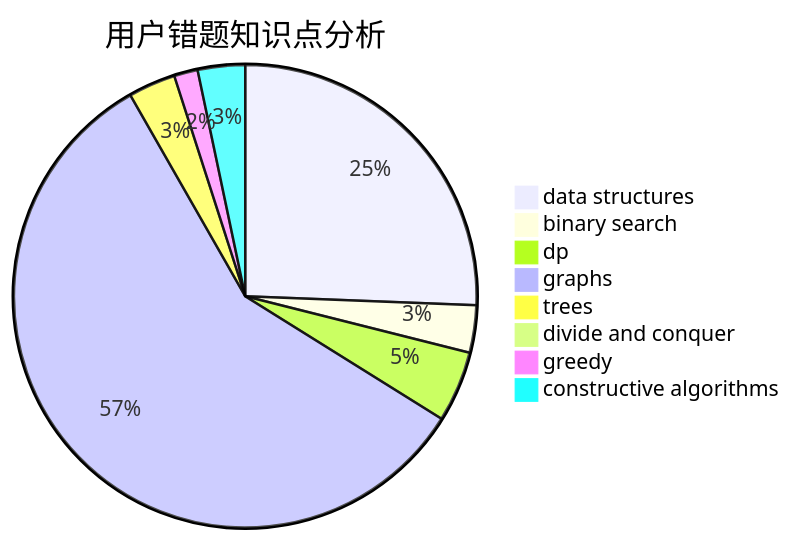
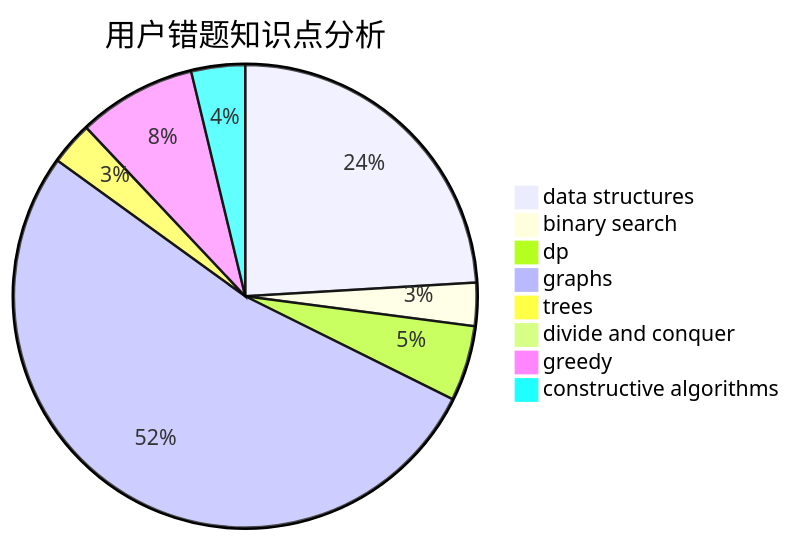
The third of 3 diagrams in docs/user/u1933.md (sherpahu/cfrs.github.io), drawn with Mermaid before and after one commit. The commit also changed other lines of this file and 2770 other files, not shown here.

````diff
--- a/docs/user/u1933.md
+++ b/docs/user/u1933.md
@@ -36,11 +36,11 @@
 ```mermaid
 pie title 用户错题知识点分析
-    "data structures" :  31
+    "data structures" :  32
     "binary search" :  4
-    "dp" :  6
+    "dp" :  7
     "graphs" :  70
     "trees" :  4
     "divide and conquer" :  1
-    "greedy" :  2
-    "constructive algorithms" :  4
+    "greedy" :  11
+    "constructive algorithms" :  5
 ```
````
